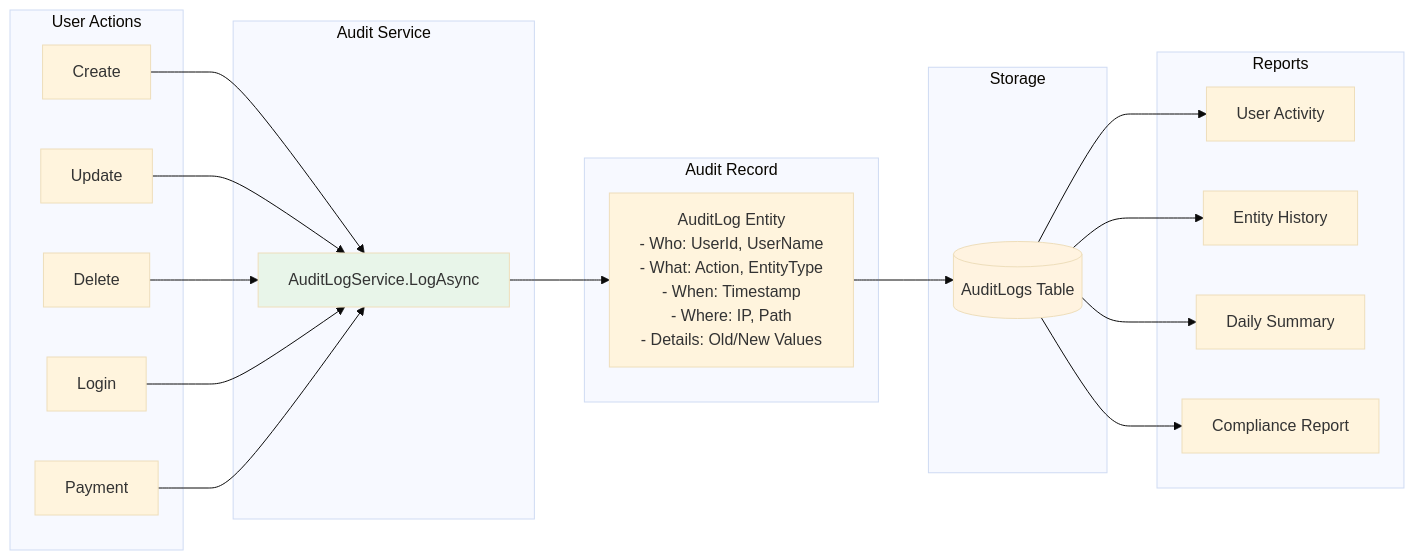
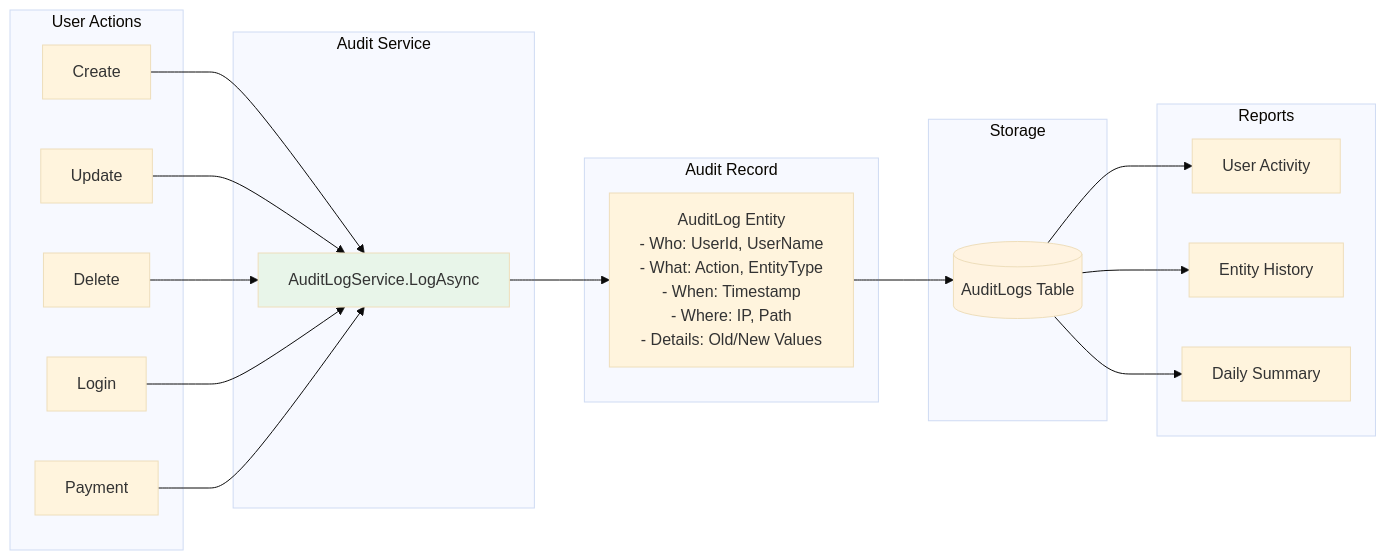
Before and after one commit to justflowerdelhi/floraprise: the seventh of 9 diagrams in README.md, drawn with Mermaid (base theme). The commit also changed other lines of this file, not shown here.

````diff
--- a/README.md
+++ b/README.md
@@ -379,46 +437,44 @@
 ```mermaid
 flowchart LR
     subgraph "User Actions"
         A1[Create]
         A2[Update]
         A3[Delete]
         A4[Login]
         A5[Payment]
     end
 
     subgraph "Audit Service"
         LOG[AuditLogService.LogAsync]
     end
 
     subgraph "Audit Record"
         REC[AuditLog Entity<br/>- Who: UserId, UserName<br/>- What: Action, EntityType<br/>- When: Timestamp<br/>- Where: IP, Path<br/>- Details: Old/New Values]
     end
 
     subgraph "Storage"
         DB[(AuditLogs Table)]
     end
 
     subgraph "Reports"
         R1[User Activity]
         R2[Entity History]
         R3[Daily Summary]
-        R4[Compliance Report]
     end
 
     A1 --> LOG
     A2 --> LOG
     A3 --> LOG
     A4 --> LOG
     A5 --> LOG
 
     LOG --> REC
     REC --> DB
 
     DB --> R1
     DB --> R2
     DB --> R3
-    DB --> R4
 
     style LOG fill:#e8f5e9
     style DB fill:#fff3e0
 ```
````
